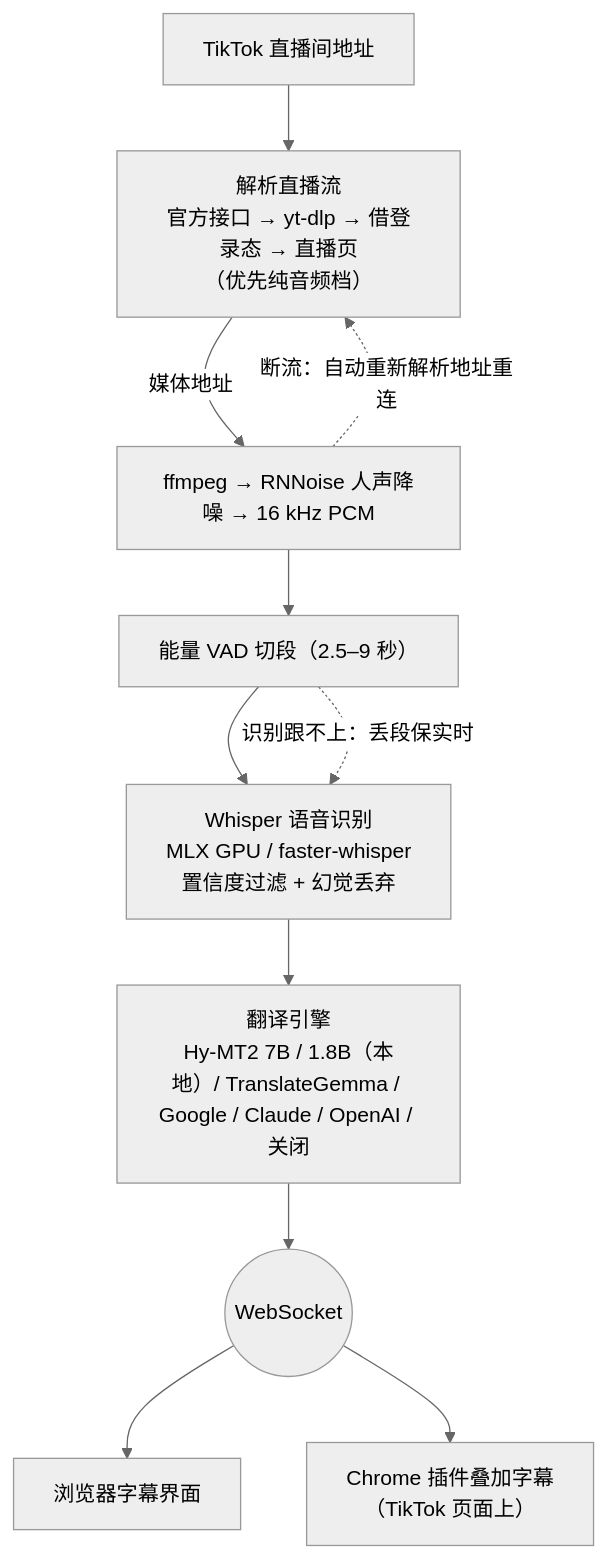
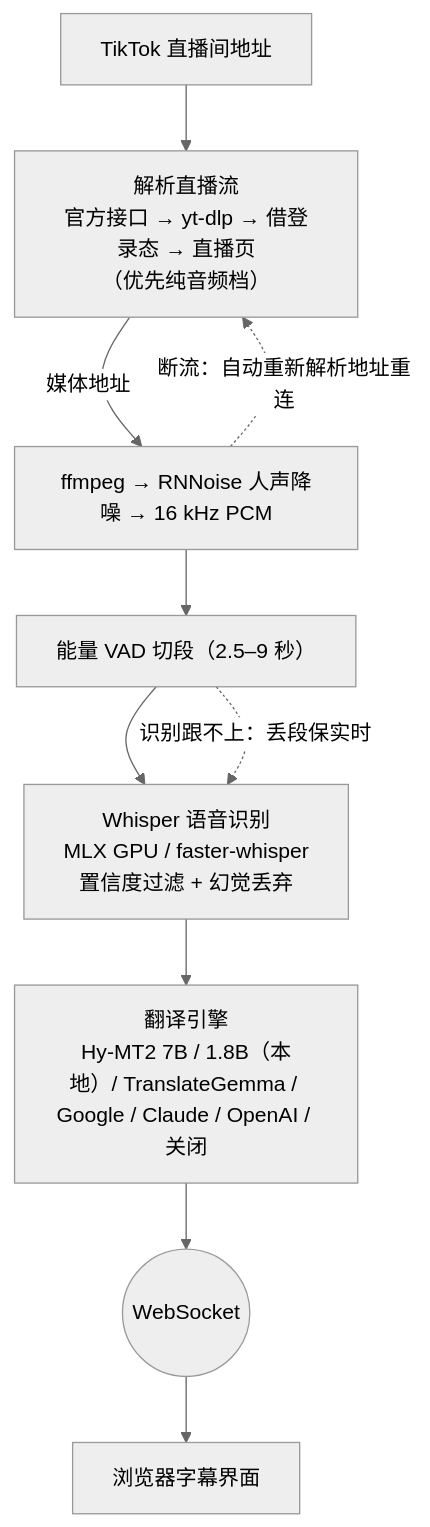
One commit to EM917/tiktok-live-translator changed the diagram in README.zh-CN.md. Above: the diagram before and after it, drawn with Mermaid (neutral theme). The commit also changed other lines of this file and 2 other files, not shown here.

````diff
--- a/README.zh-CN.md
+++ b/README.zh-CN.md
@@ -386,13 +375,12 @@
 ```mermaid
 flowchart TD
     URL["TikTok 直播间地址"] --> RESOLVE["解析直播流<br/>官方接口 → yt-dlp → 借登录态 → 直播页<br/>（优先纯音频档）"]
     RESOLVE -->|"媒体地址"| FF["ffmpeg → RNNoise 人声降噪 → 16 kHz PCM"]
     FF --> VAD["能量 VAD 切段（2.5–9 秒）"]
     VAD --> ASR["Whisper 语音识别<br/>MLX GPU / faster-whisper<br/>置信度过滤 + 幻觉丢弃"]
     ASR --> TR["翻译引擎<br/>Hy-MT2 7B / 1.8B（本地）/ TranslateGemma / Google / Claude / OpenAI / 关闭"]
     TR --> WS(("WebSocket"))
     WS --> UI["浏览器字幕界面"]
-    WS --> OV["Chrome 插件叠加字幕<br/>（TikTok 页面上）"]
     FF -.->|"断流：自动重新解析地址重连"| RESOLVE
     VAD -.->|"识别跟不上：丢段保实时"| ASR
 ```
````
